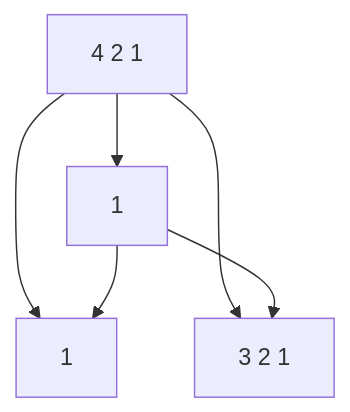
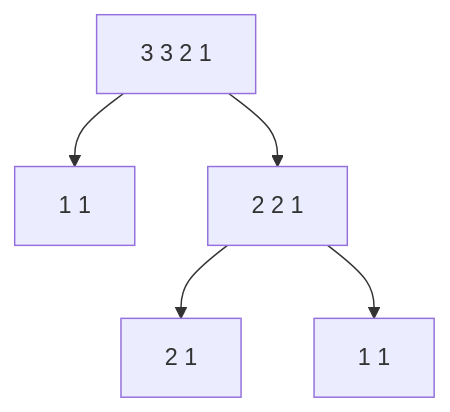
Before and after one commit to zedttxj/Image-Processing-Tool-with-Matlab: the diagram in optional/PDilation-reversedPDilation.md, drawn with Mermaid.

````diff
--- a/optional/PDilation-reversedPDilation.md
+++ b/optional/PDilation-reversedPDilation.md
@@ -243,8 +243,7 @@
 ```mermaid
 graph TD;
-    C[4 2 1] --> A[1];
-    C[4 2 1] --> B[3 2 1];
-    C[4 2 1] --> P[1];
-    P --> A[1];
-    P --> B[3 2 1];
+    C[3 3 2 1] --> A[1 1];
+    C[3 3 2 1] --> B[2 2 1];
+    B[2 2 1] --> D[2 1];
+    B[2 2 1] --> E[1 1];
 ```
````
